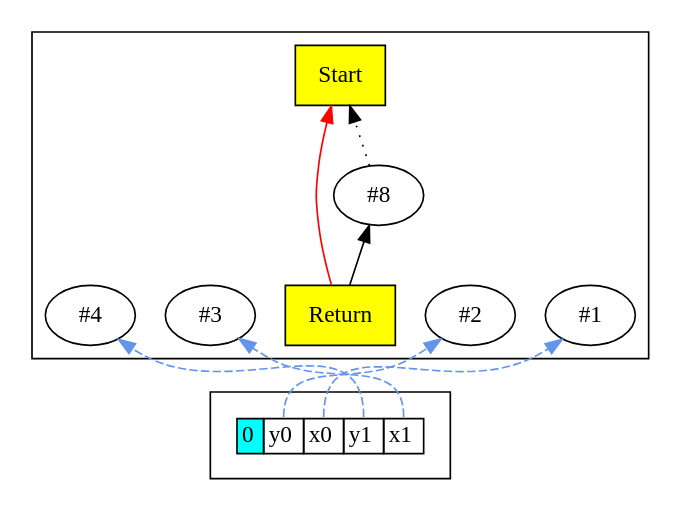
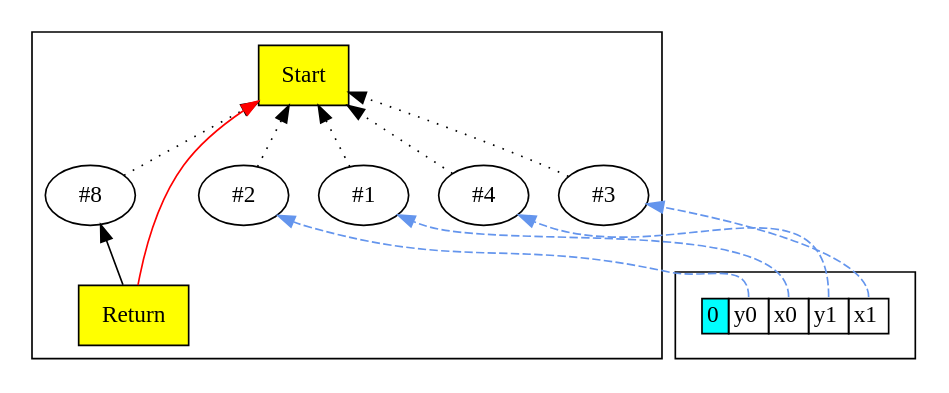
Before and after one commit to SeaOfNodes/Simple: the diagram in chapter03/docs/03-graph3.gv, drawn with Graphviz. The commit also changed 8 other files, not shown here.

```diff
--- a/chapter03/docs/03-graph3.gv
+++ b/chapter03/docs/03-graph3.gv
@@ -1,27 +1,31 @@
 digraph chapter03 {
 	rankdir=BT;
 	subgraph cluster_Nodes {
 		Start1 [ shape=box style=filled fillcolor=yellow label="Start" ];
 		Con_2 [ label="#1" ];
+		Con_3 [ label="#2" ];
 		Con_19 [ label="#8" ];
-		Con_3 [ label="#2" ];
+		Con_4 [ label="#3" ];
 		Return20 [ shape=box style=filled fillcolor=yellow label="Return" ];
-		Con_4 [ label="#3" ];
 		Con_5 [ label="#4" ];
 	}
 	node [shape=plaintext];
 	subgraph cluster_0 {
 		scope0 [label=<
 			<TABLE BORDER="0" CELLBORDER="1" CELLSPACING="0">
-			<TR><TD BGCOLOR="aqua">0</TD><TD PORT="scope0_y0">y0</TD><TD PORT="scope0_x0">x0</TD><TD PORT="scope0_y1">y1</TD><TD PORT="scope0_x1">x1</TD></TR>
+			<TR><TD BGCOLOR="cyan">0</TD><TD PORT="scope0_y0">y0</TD><TD PORT="scope0_x0">x0</TD><TD PORT="scope0_y1">y1</TD><TD PORT="scope0_x1">x1</TD></TR>
 			</TABLE>>];
 	}
+	Con_2 -> Start1 [style=dotted];
+	Con_3 -> Start1 [style=dotted];
 	Con_19 -> Start1 [style=dotted];
+	Con_4 -> Start1 [style=dotted];
 	Return20 -> Start1 [color=red];
 	Return20 -> Con_19;
+	Con_5 -> Start1 [style=dotted];
 	edge [style=dashed color=cornflowerblue];
 	scope0:scope0_y0 -> Con_3;
 	scope0:scope0_x0 -> Con_2;
 	scope0:scope0_y1 -> Con_5;
 	scope0:scope0_x1 -> Con_4;
 }
```
